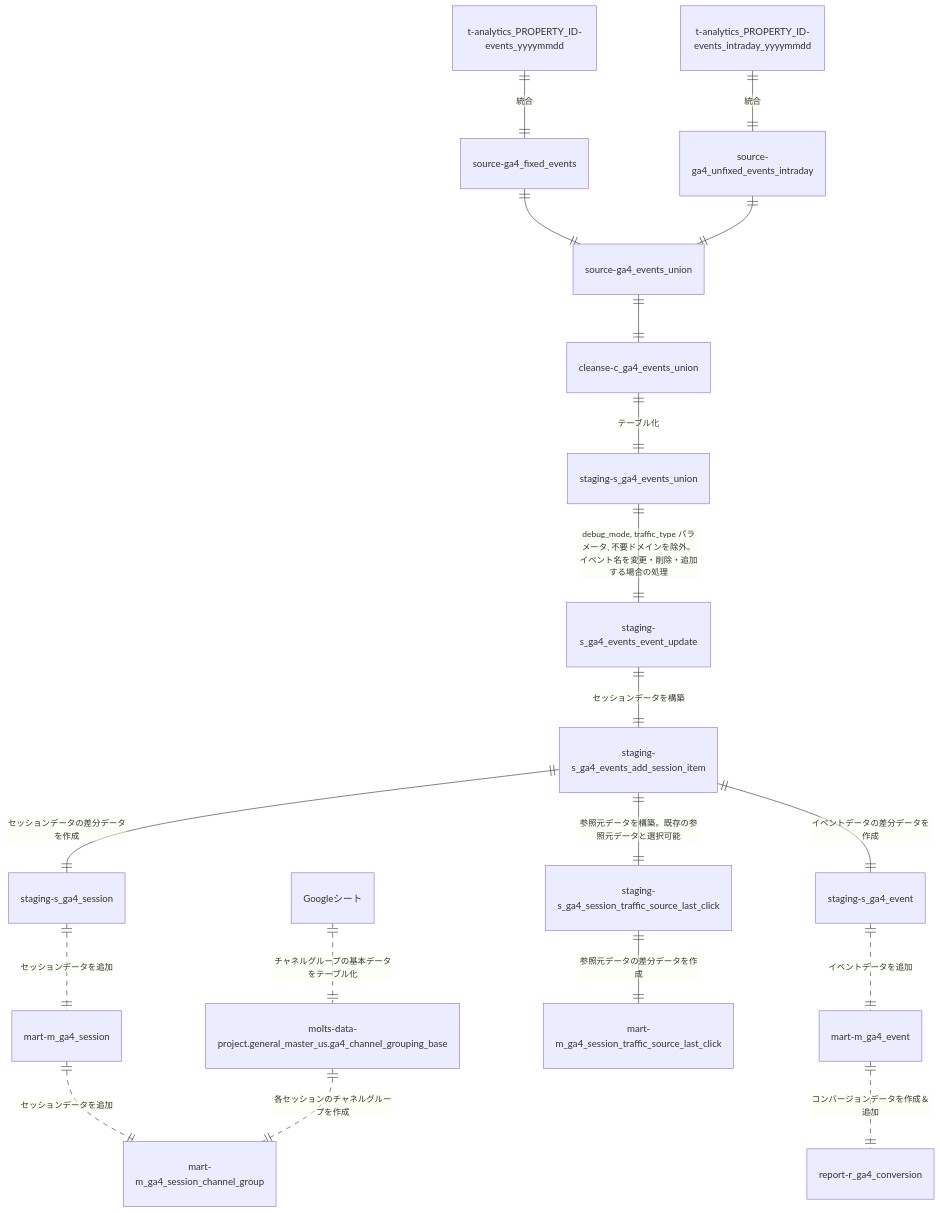
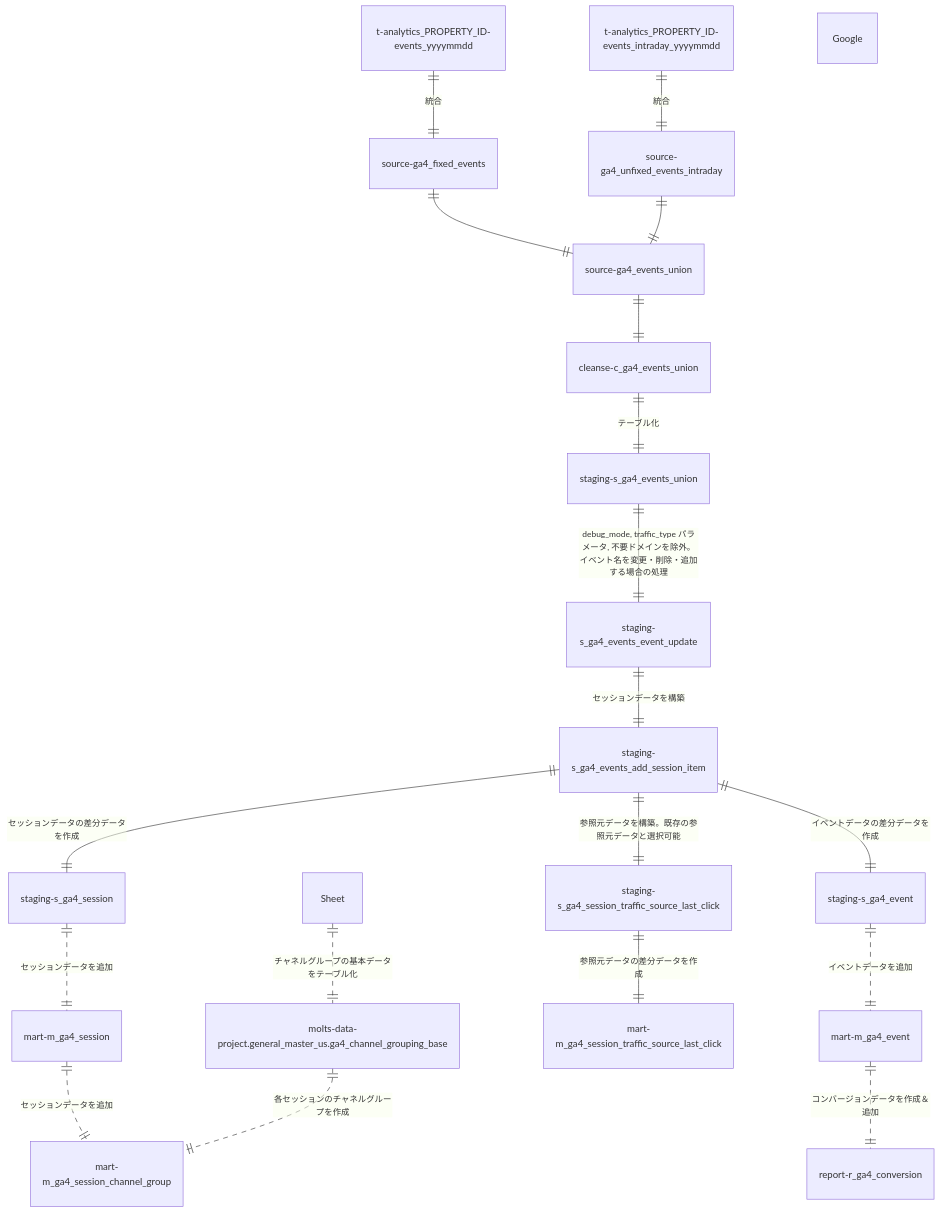
The diagram in README.md (MondayTiger/molts_ga4), drawn with Mermaid before and after one commit.

Commit message:
README Data flow

````diff
--- a/README.md
+++ b/README.md
@@ -46,40 +46,40 @@
 ```mermaid
 erDiagram
 		%% GA4のイベントデータからソースデータを構築
     t-analytics_PROPERTY_ID-events_yyyymmdd ||--|| source-ga4_fixed_events : "統合"
     t-analytics_PROPERTY_ID-events_intraday_yyyymmdd ||--|| source-ga4_unfixed_events_intraday : "統合"
     source-ga4_fixed_events ||--|| source-ga4_events_union : ""
     source-ga4_unfixed_events_intraday ||--|| source-ga4_events_union : ""
 
 		%% ソースデータをクレンジング
     source-ga4_events_union ||--|| cleanse-c_ga4_events_union : ""
 
 		%% クレンジングしたデータ量が多すぎるのと、後続の処理が複雑でBigQuery上で処理できないため、テーブル化
     cleanse-c_ga4_events_union ||--|| staging-s_ga4_events_union : "テーブル化"
 
 		%% 内部アクセスを除外、イベント名を変更・削除・追加する場合の処理
     staging-s_ga4_events_union ||--|| staging-s_ga4_events_event_update : "debug_mode, traffic_type パラメータ, 不要ドメインを除外。イベント名を変更・削除・追加する場合の処理"
 
 		%% 参照元やエンゲージメントなどセッションデータを構築
     staging-s_ga4_events_event_update ||--|| staging-s_ga4_events_add_session_item : "セッションデータを構築"
 
 		%% 各データマートに追加する差分データを構築
     staging-s_ga4_events_add_session_item ||--|| staging-s_ga4_session : "セッションデータの差分データを作成"
     staging-s_ga4_events_add_session_item ||--|| staging-s_ga4_event : "イベントデータの差分データを作成"
 
     %% session_traffic_source_last_clickカラムから参照元データを別途作成
     staging-s_ga4_events_add_session_item ||--|| staging-s_ga4_session_traffic_source_last_click : "参照元データを構築。既存の参照元データと選択可能"
 
 		%% 蓄積済みの各データマートにデータを投入
     staging-s_ga4_session ||..|| mart-m_ga4_session : "セッションデータを追加"
     staging-s_ga4_event ||..|| mart-m_ga4_event : "イベントデータを追加"
     staging-s_ga4_session_traffic_source_last_click ||--|| mart-m_ga4_session_traffic_source_last_click : "参照元データの差分データを作成"
 
     %% セッションデータからチャネルグループを各セッションごとに作成
     mart-m_ga4_session ||..|| mart-m_ga4_session_channel_group : "セッションデータを追加"
-    Googleシート ||..|| molts-data-project.general_master_us.ga4_channel_grouping_base : "チャネルグループの基本データをテーブル化"
+    Google Sheet ||..|| molts-data-project.general_master_us.ga4_channel_grouping_base : "チャネルグループの基本データをテーブル化"
     molts-data-project.general_master_us.ga4_channel_grouping_base ||..|| mart-m_ga4_session_channel_group : "各セッションのチャネルグループを作成"
 
     %% コンバージョン用データマートにデータを投入
     mart-m_ga4_event||..|| report-r_ga4_conversion : "コンバージョンデータを作成＆追加"
 ```
````
